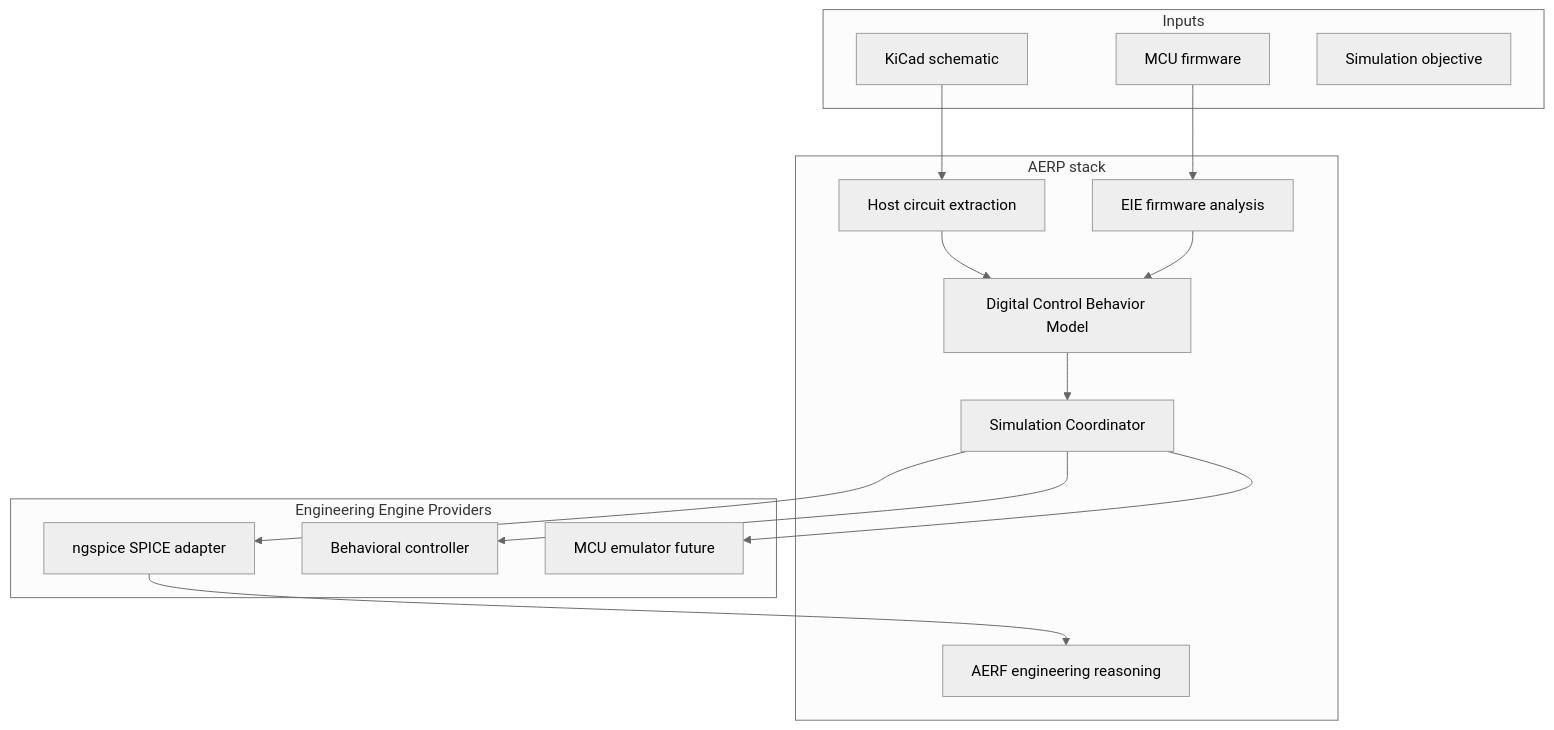
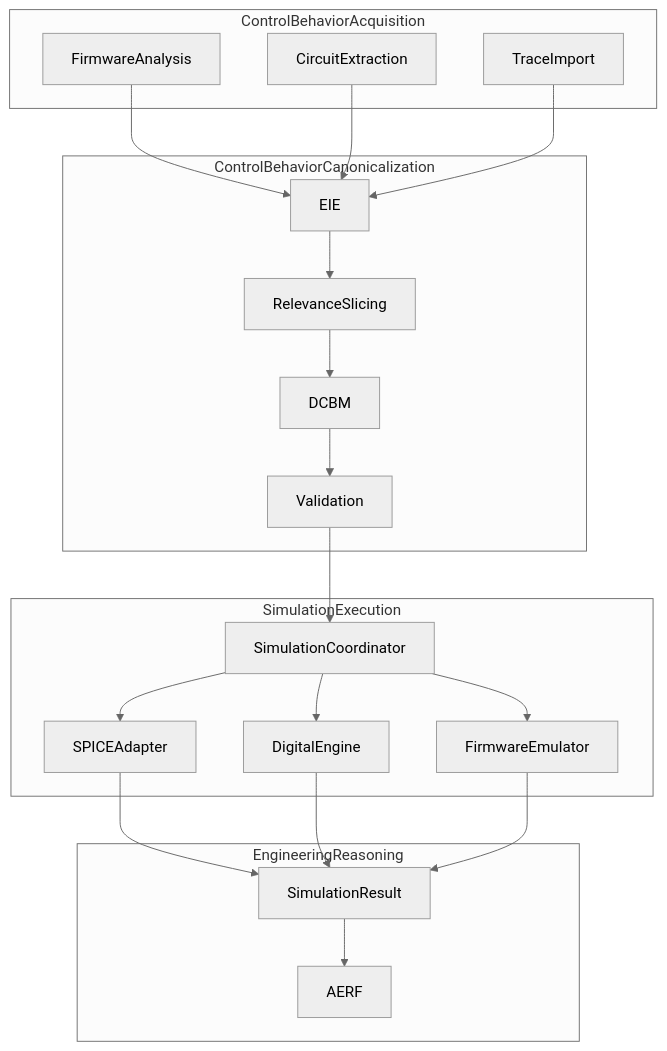
Before and after one commit to edbecnel/KiCad_AI_Integration: the diagram in docs/Architecture/ADP-014-Firmware-Aware-Mixed-Domain-Simulation.md, drawn with Mermaid (neutral theme). The commit also changed other lines of this file and 4 other files, not shown here.

First line of the commit message:
Strengthen ADP-014 DCBM as a provenance-aware engineering contract.

````diff
--- a/docs/Architecture/ADP-014-Firmware-Aware-Mixed-Domain-Simulation.md
+++ b/docs/Architecture/ADP-014-Firmware-Aware-Mixed-Domain-Simulation.md
@@ -129,29 +173,35 @@
 ```mermaid
 flowchart TB
-  subgraph inputs [Inputs]
-    Sch[KiCad schematic]
-    FW[MCU firmware]
-    Obj[Simulation objective]
+  subgraph acquisition [ControlBehaviorAcquisition]
+    FW[FirmwareAnalysis]
+    Sch[CircuitExtraction]
+    Meas[TraceImport]
   end
-  subgraph platform [AERP stack]
-    Extract[Host circuit extraction]
-    AI[EIE firmware analysis]
-    DCBM[Digital Control Behavior Model]
-    Coord[Simulation Coordinator]
-    AERF[AERF engineering reasoning]
+  subgraph canonical [ControlBehaviorCanonicalization]
+    EIE[EIE]
+    Slice[RelevanceSlicing]
+    DCBM[DCBM]
+    Val[Validation]
   end
-  subgraph engines [Engineering Engine Providers]
-    SPICE[ngspice SPICE adapter]
-    Behav[Behavioral controller]
-    Emu[MCU emulator future]
+  subgraph execution [SimulationExecution]
+    Coord[SimulationCoordinator]
+    SPICE[SPICEAdapter]
+    Digital[DigitalEngine]
+    Emu[FirmwareEmulator]
   end
-  Sch --> Extract
-  FW --> AI
-  Extract --> DCBM
-  AI --> DCBM
-  DCBM --> Coord
+  subgraph reasoning [EngineeringReasoning]
+    SimResult[SimulationResult]
+    AERF[AERF]
+  end
+  FW --> EIE
+  Sch --> EIE
+  Meas --> EIE
+  EIE --> Slice --> DCBM --> Val --> Coord
   Coord --> SPICE
-  Coord --> Behav
+  Coord --> Digital
   Coord --> Emu
-  SPICE --> AERF
+  SPICE --> SimResult
+  Digital --> SimResult
+  Emu --> SimResult
+  SimResult --> AERF
 ```
````
